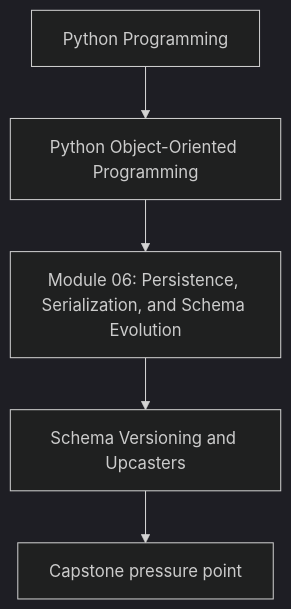
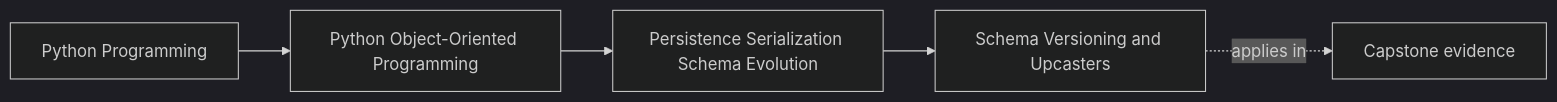
One commit to bijux/bijux-masterclass changed the first of 2 diagrams in programs/python-programming/python-object-oriented-programming/course-book/module-06-persistence-serialization-schema-evolution/schema-versioning-and-upcasters.md. Above: the diagram before and after it, drawn with Mermaid (dark theme). The commit also changed other lines of this file and 103 other files, not shown here.

Commit message:
docs(python-object-oriented-programming): map sustainment and capstone surfaces

````diff
--- a/programs/python-programming/python-object-oriented-programming/course-book/module-06-persistence-serialization-schema-evolution/schema-versioning-and-upcasters.md
+++ b/programs/python-programming/python-object-oriented-programming/course-book/module-06-persistence-serialization-schema-evolution/schema-versioning-and-upcasters.md
@@ -7,7 +7,11 @@
 ```mermaid
-flowchart TD
-  family["Python Programming"] --> program["Python Object-Oriented Programming"]
-  program --> module["Module 06: Persistence, Serialization, and Schema Evolution"]
-  module --> concept["Schema Versioning and Upcasters"]
-  concept --> capstone["Capstone pressure point"]
+graph LR
+  family["Python Programming"]
+  program["Python Object-Oriented Programming"]
+  section["Persistence Serialization Schema Evolution"]
+  page["Schema Versioning and Upcasters"]
+  capstone["Capstone evidence"]
+
+  family --> program --> section --> page
+  page -.applies in.-> capstone
 ```
````
